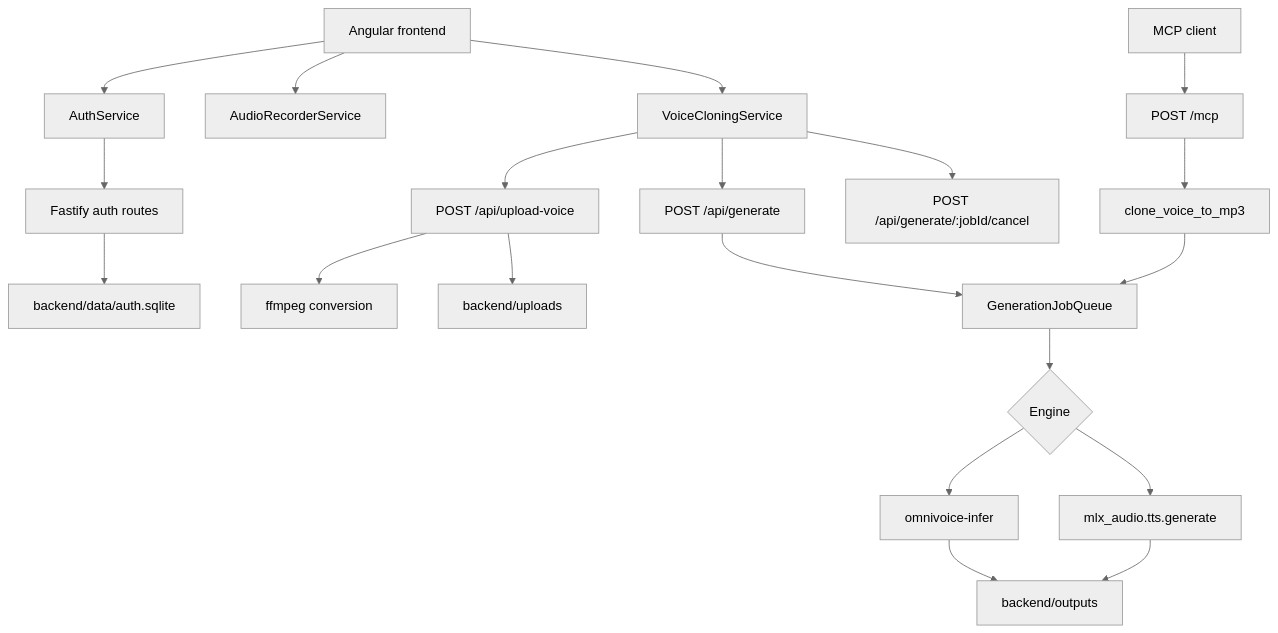
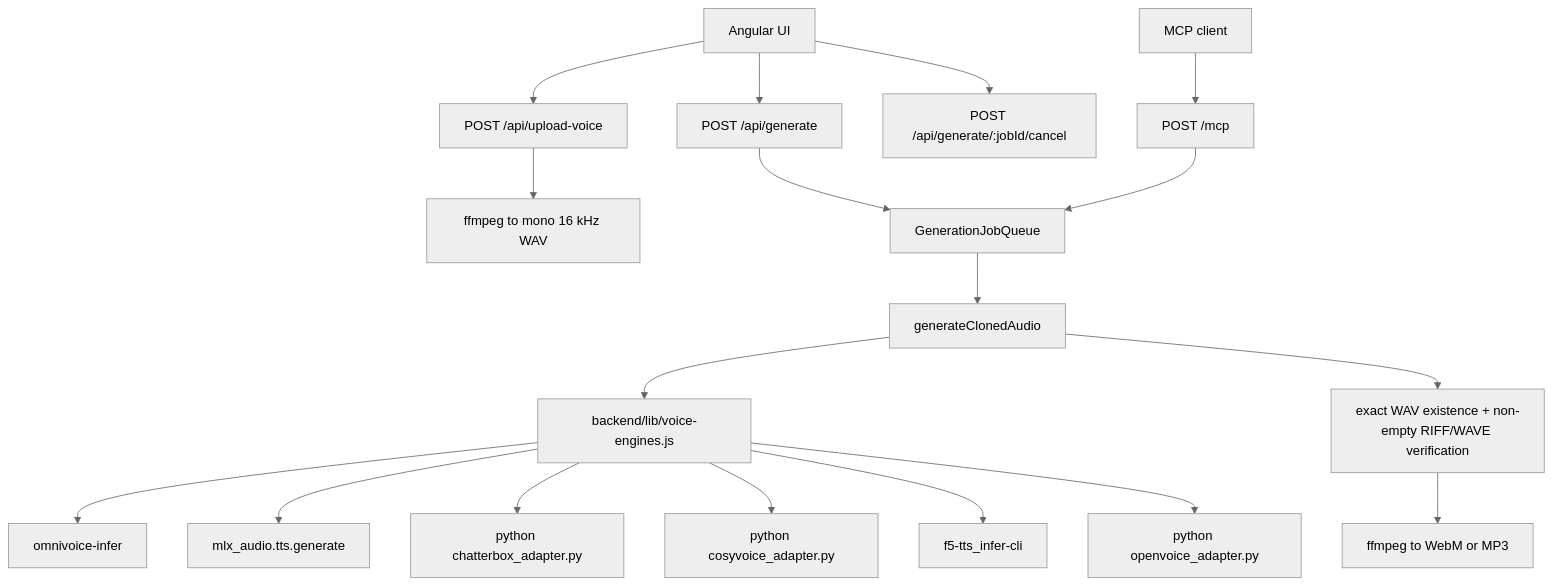
The diagram in .sdd/docs/architecture.md (lad75020/VoiceCloning), drawn with Mermaid (neutral theme) before and after one commit. The commit also changed other lines of this file and 38 other files, not shown here.

````diff
--- a/.sdd/docs/architecture.md
+++ b/.sdd/docs/architecture.md
@@ -11,22 +14,20 @@
 ```mermaid
 graph TD
-    Browser[Angular frontend] --> Auth[AuthService]
-    Browser --> Recorder[AudioRecorderService]
-    Browser --> VoiceApi[VoiceCloningService]
-    Auth --> ApiAuth[Fastify auth routes]
-    VoiceApi --> Upload[POST /api/upload-voice]
-    VoiceApi --> Generate[POST /api/generate]
-    VoiceApi --> Cancel[POST /api/generate/:jobId/cancel]
-    Agent[MCP client] --> McpEndpoint[POST /mcp]
-    McpEndpoint --> McpTool[clone_voice_to_mp3]
-    Upload --> Ffmpeg[ffmpeg conversion]
-    Generate --> Queue[GenerationJobQueue]
-    McpTool --> Queue
-    Queue --> Engine{Engine}
-    Engine --> OmniVoice[omnivoice-infer]
-    Engine --> MlxQwen[mlx_audio.tts.generate]
-    OmniVoice --> Outputs[backend/outputs]
-    MlxQwen --> Outputs
-    ApiAuth --> AuthDb[backend/data/auth.sqlite]
-    Upload --> Uploads[backend/uploads]
+  Browser[Angular UI] --> Upload[POST /api/upload-voice]
+  Browser --> Generate[POST /api/generate]
+  Browser --> Cancel[POST /api/generate/:jobId/cancel]
+  Agent[MCP client] --> Mcp[POST /mcp]
+  Upload --> FfmpegIn[ffmpeg to mono 16 kHz WAV]
+  Generate --> Queue[GenerationJobQueue]
+  Mcp --> Queue
+  Queue --> Shared[generateClonedAudio]
+  Shared --> EngineModule[backend/lib/voice-engines.js]
+  EngineModule --> OmniVoice[omnivoice-infer]
+  EngineModule --> MlxQwen[mlx_audio.tts.generate]
+  EngineModule --> Chatterbox[python chatterbox_adapter.py]
+  EngineModule --> CosyVoice[python cosyvoice_adapter.py]
+  EngineModule --> F5[f5-tts_infer-cli]
+  EngineModule --> OpenVoice[python openvoice_adapter.py]
+  Shared --> Verify[exact WAV existence + non-empty RIFF/WAVE verification]
+  Verify --> FfmpegOut[ffmpeg to WebM or MP3]
 ```
````
